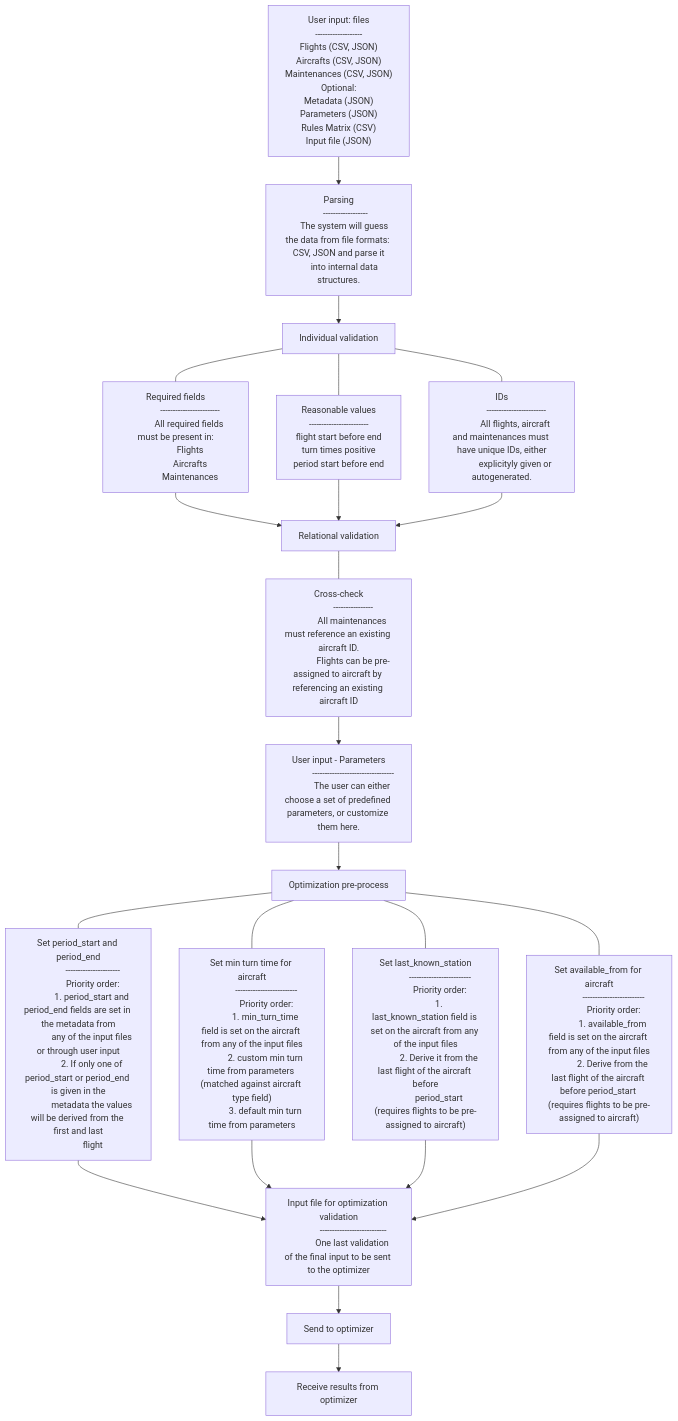
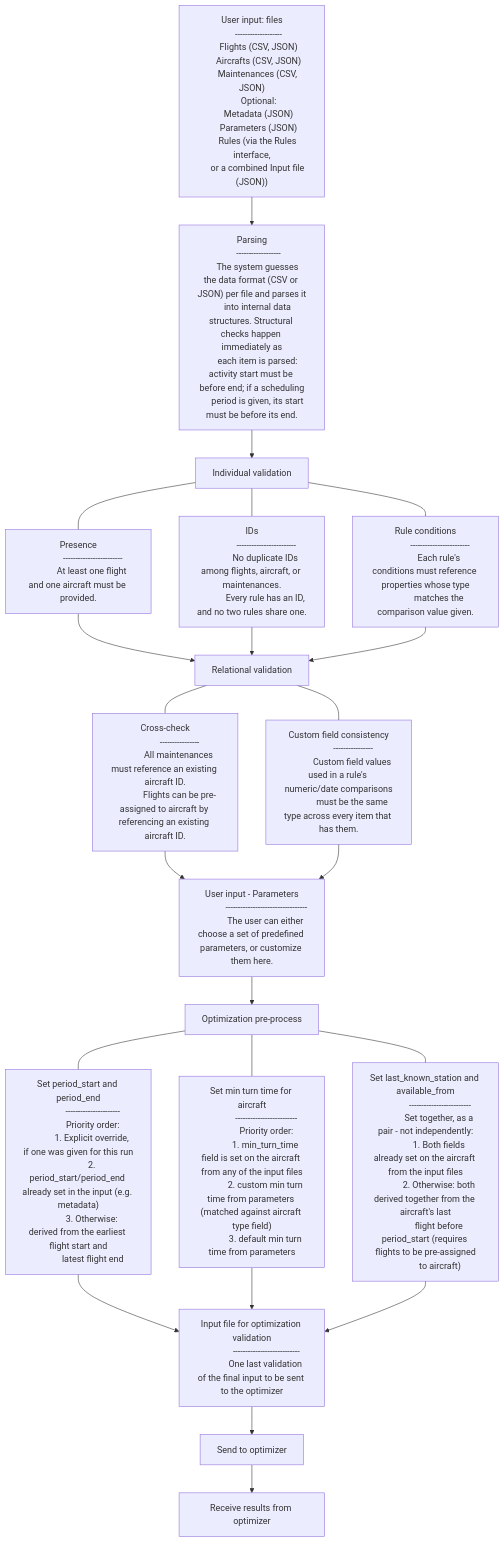
The diagram in README.md (brasjo/resopt-backend), drawn with Mermaid before and after one commit.

Commit message:
Fix inaccuracies in the System Overview flowchart
Verified against the actual individual_validation/relational_validation/
preprocess code: the "reasonable values" checks (start before end, period
start before end) actually happen during parsing via pydantic validators,
not as part of individual validation; rule ID/duplicate/condition-type
checks and the custom-field type-consistency check were missing entirely;
last_known_station and available_from are set together as a pair, not
independently; and "Rules Matrix (CSV)" doesn't exist as an upload format -
rules are built through the app's interactive Rules interface.

```diff
--- a/README.md
+++ b/README.md
@@ -35,76 +35,70 @@
       Optional:
       Metadata (JSON)
       Parameters (JSON)
-      Rules Matrix (CSV)
-      Input file (JSON)"] -->
+      Rules (via the Rules interface,
+      or a combined Input file (JSON))"] -->
     AB["Parsing
       ------------------
-      The system will guess the data from file formats: CSV, JSON and parse it
-      into internal data structures."]
+      The system guesses the data format (CSV or JSON) per file and parses it
+      into internal data structures. Structural checks happen immediately as
+      each item is parsed: activity start must be before end; if a scheduling
+      period is given, its start must be before its end."]
     AB --> B["Individual validation"]
-    B --- BA["Required fields
+    B --- BA["Presence
              ------------------------
-             All required fields must be present in:
-             Flights
-             Aircrafts
-             Maintenances"]
-    B --- BB["Reasonable values
-             ------------------------
-             flight start before end
-             turn times positive
-             period start before end
-             "]
+             At least one flight and one aircraft must be provided."]
     B --- BC["IDs
              ------------------------
-             All flights, aircraft and maintenances must have unique IDs, either
-             explicityly given or autogenerated."]
+             No duplicate IDs among flights, aircraft, or maintenances.
+             Every rule has an ID, and no two rules share one."]
+    B --- BD["Rule conditions
+             ------------------------
+             Each rule's conditions must reference properties whose type
+             matches the comparison value given."]
 
     BA --> E["Relational validation"]
-    BB --> E
     BC --> E
+    BD --> E
 
     E --- EA["Cross-check
              ----------------
              All maintenances must reference an existing aircraft ID.
-             Flights can be pre-assigned to aircraft by referencing an existing aircraft ID"]
+             Flights can be pre-assigned to aircraft by referencing an existing aircraft ID."]
+    E --- EB["Custom field consistency
+             ----------------
+             Custom field values used in a rule's numeric/date comparisons
+             must be the same type across every item that has them."]
 
     EA --> F["User input - Parameters
              ---------------------------------
              The user can either choose a set of predefined parameters, or customize them here."]
+    EB --> F
     F --> G["Optimization pre-process"]
     G --- GA["Set period_start and period_end
              ----------------------
              Priority order:
-             1. period_start and period_end fields are set in the metadata from
-             any of the input files or through user input
-             2. If only one of period_start or period_end is given in the
-             metadata the values will be derived from the first and last
-             flight"]
+             1. Explicit override, if one was given for this run
+             2. period_start/period_end already set in the input (e.g. metadata)
+             3. Otherwise: derived from the earliest flight start and
+             latest flight end"]
     G --- GB["Set min turn time for aircraft
              -------------------------
              Priority order:
              1. min_turn_time field is set on the aircraft from any of the input files
              2. custom min turn time from parameters (matched against aircraft type field)
              3. default min turn time from parameters"]
-    G --- GC["Set last_known_station
+    G --- GC["Set last_known_station and available_from
              -------------------------
-             Priority order:
-             1. last_known_station field is set on the aircraft from any of the input files
-             2. Derive it from the last flight of the aircraft before
-             period_start (requires flights to be pre-assigned to aircraft)
-             "]
-    G --- GD["Set available_from for aircraft
-             -------------------------
-             Priority order:
-             1. available_from field is set on the aircraft from any of the input files
-             2. Derive from the last flight of the aircraft before period_start (requires flights to be pre-assigned to aircraft)
-             "]
+             Set together, as a pair - not independently:
+             1. Both fields already set on the aircraft from the input files
+             2. Otherwise: both derived together from the aircraft's last
+             flight before period_start (requires flights to be pre-assigned
+             to aircraft)"]
     GA --> H["Input file for optimization validation
              ---------------------------
              One last validation of the final input to be sent to the optimizer"]
     GB --> H
     GC --> H
-    GD --> H
     H --> I["Send to optimizer"]
     I --> J["Receive results from optimizer"]
 
```
